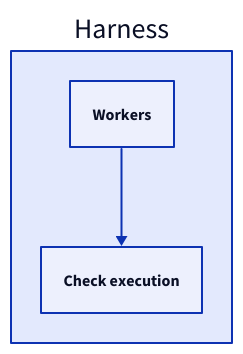
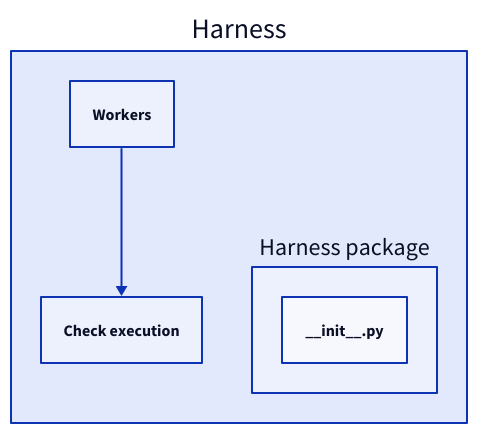
One commit to FTOD/concorde changed the diagram in specs/concorde/harness/module.md. Above: the diagram before and after it, drawn with D2. The commit also changed other lines of this file and 21 other files, not shown here.

First line of the commit message:
Rewrite every Module entry with diagrams and an implementation overview

````diff
--- a/specs/concorde/harness/module.md
+++ b/specs/concorde/harness/module.md
@@ -101,7 +90,10 @@
 ```d2
 harness: Harness {
   workers: Workers
   checks: Check execution
+  package: Harness package {
+    "__init__.py"
+  }
+  workers -> checks
 }
-harness.workers -> harness.checks
 ```
````
